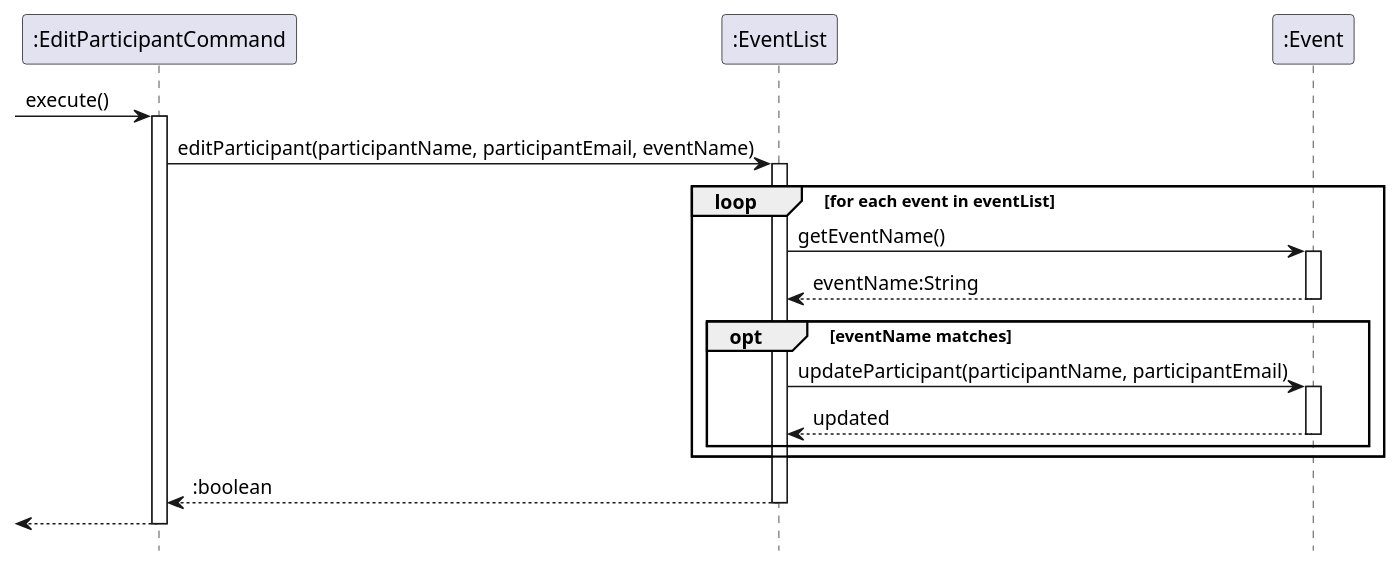
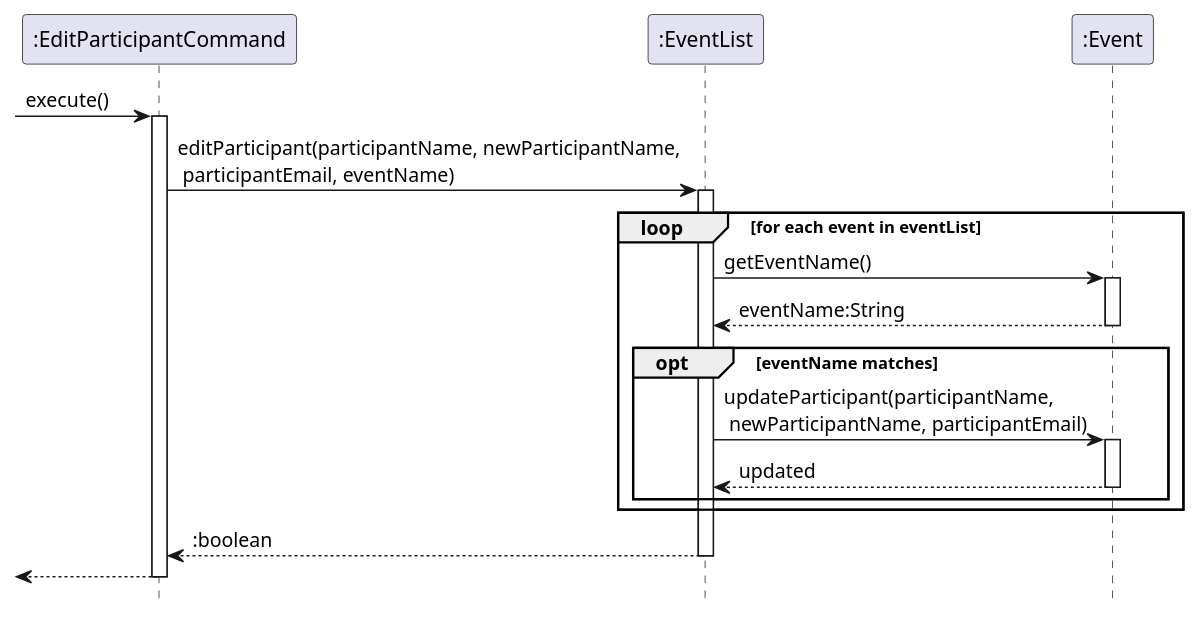
The diagram in docs/diagrams/EditParticipantCommandSequenceDiagram.puml (nus-cs2113-AY2425S1/tp), drawn with PlantUML before and after one commit. The commit also changed 2 other files, not shown here.

Commit message:
Update DG to match new edit participant command functionality

```diff
--- a/docs/diagrams/EditParticipantCommandSequenceDiagram.puml
+++ b/docs/diagrams/EditParticipantCommandSequenceDiagram.puml
@@ -1,34 +1,34 @@
 @startuml
  hide footbox
 
  participant ":EditParticipantCommand" as editCommand
  participant ":EventList" as eventList
  participant ":Event" as event
 
  [-> editCommand : execute()
  activate editCommand
 
- editCommand -> eventList : editParticipant(participantName, participantEmail, eventName)
+ editCommand -> eventList : editParticipant(participantName, newParticipantName,\n participantEmail, eventName)
  activate eventList
 
  loop for each event in eventList
      eventList -> event : getEventName()
      activate event
      event --> eventList : eventName:String
      deactivate event
 
      opt eventName matches
-         eventList -> event : updateParticipant(participantName, participantEmail)
+         eventList -> event : updateParticipant(participantName,\n newParticipantName, participantEmail)
          activate event
          event --> eventList : updated
          deactivate event
      end
 
 end
 
 
 return :boolean
 
 return
 
 @enduml
```
